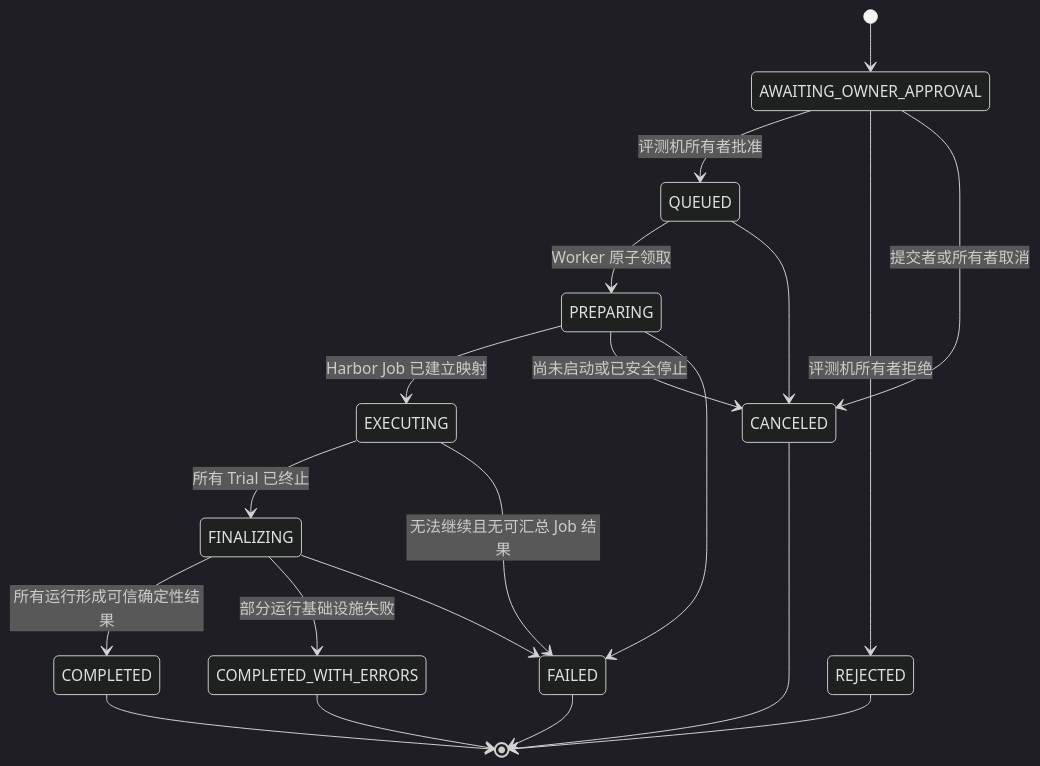
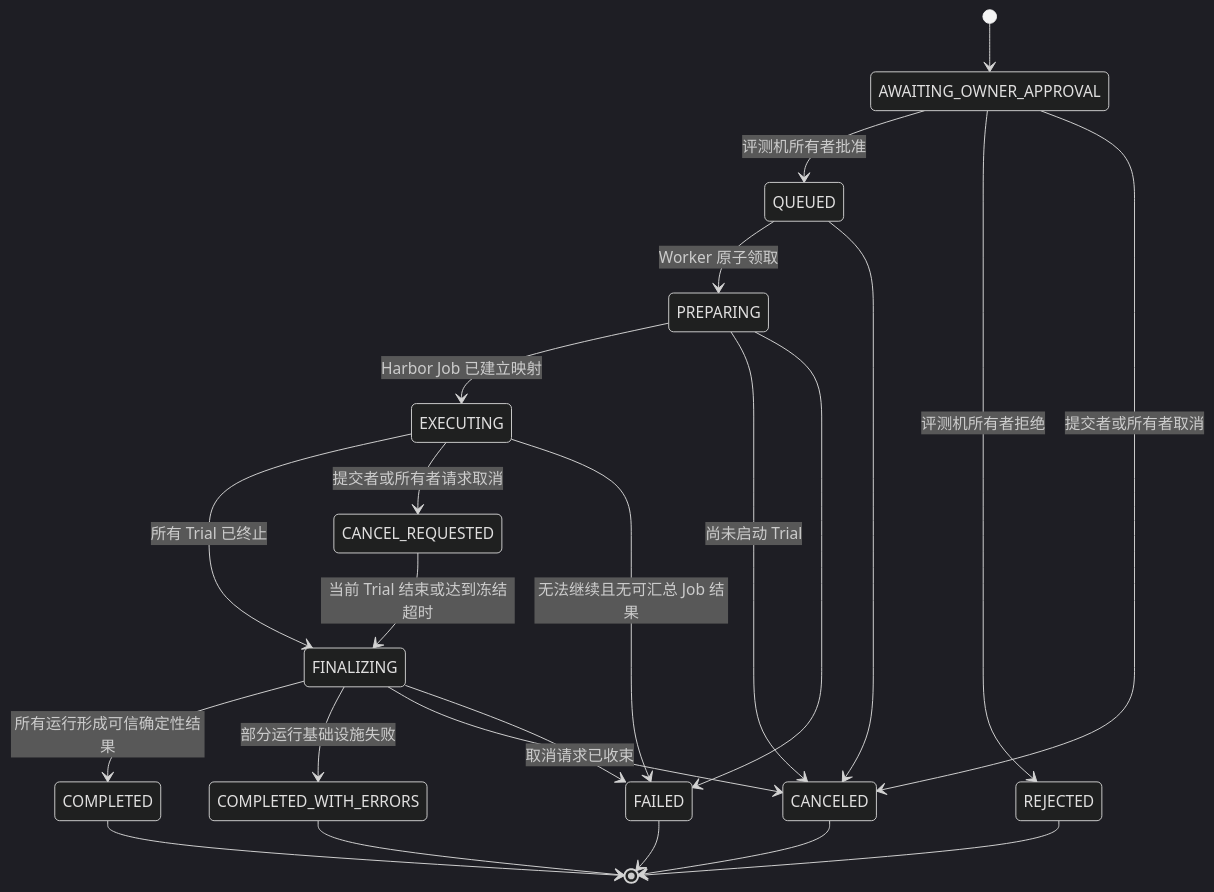
Before and after one commit to anphuchoang5-sys/agent-exam: the second of 5 diagrams in docs/architecture/DATA_MODEL.md, drawn with Mermaid (dark theme). The commit also changed other lines of this file and 16 other files, not shown here.

Commit message:
docs: finalize evaluation MVP architecture

````diff
--- a/docs/architecture/DATA_MODEL.md
+++ b/docs/architecture/DATA_MODEL.md
@@ -331,24 +362,27 @@
 ```mermaid
 stateDiagram-v2
     [*] --> AWAITING_OWNER_APPROVAL
     AWAITING_OWNER_APPROVAL --> QUEUED: 评测机所有者批准
     AWAITING_OWNER_APPROVAL --> REJECTED: 评测机所有者拒绝
     AWAITING_OWNER_APPROVAL --> CANCELED: 提交者或所有者取消
     QUEUED --> PREPARING: Worker 原子领取
     PREPARING --> EXECUTING: Harbor Job 已建立映射
     EXECUTING --> FINALIZING: 所有 Trial 已终止
+    EXECUTING --> CANCEL_REQUESTED: 提交者或所有者请求取消
+    CANCEL_REQUESTED --> FINALIZING: 当前 Trial 结束或达到冻结超时
     FINALIZING --> COMPLETED: 所有运行形成可信确定性结果
     FINALIZING --> COMPLETED_WITH_ERRORS: 部分运行基础设施失败
+    FINALIZING --> CANCELED: 取消请求已收束
 
     QUEUED --> CANCELED
-    PREPARING --> CANCELED: 尚未启动或已安全停止
+    PREPARING --> CANCELED: 尚未启动 Trial
     PREPARING --> FAILED
     EXECUTING --> FAILED: 无法继续且无可汇总 Job 结果
     FINALIZING --> FAILED
 
     COMPLETED --> [*]
     COMPLETED_WITH_ERRORS --> [*]
     FAILED --> [*]
     CANCELED --> [*]
     REJECTED --> [*]
 ```
````
